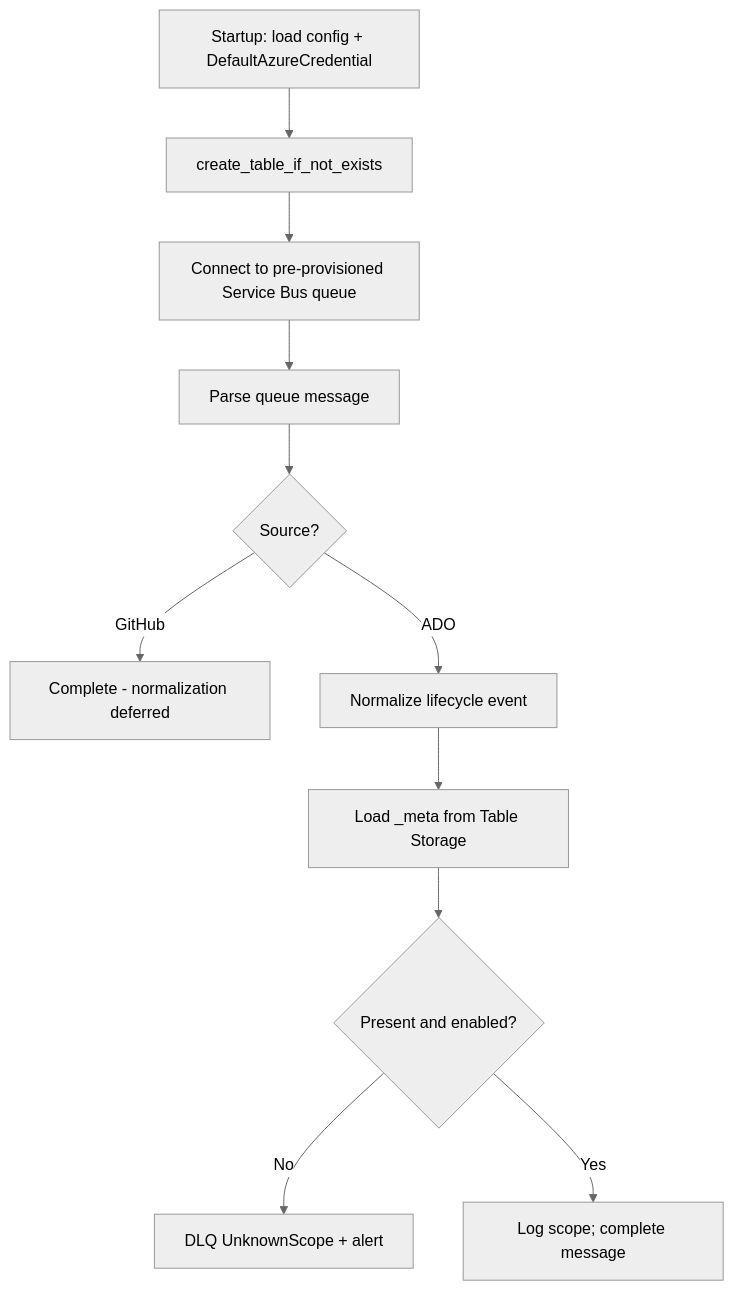
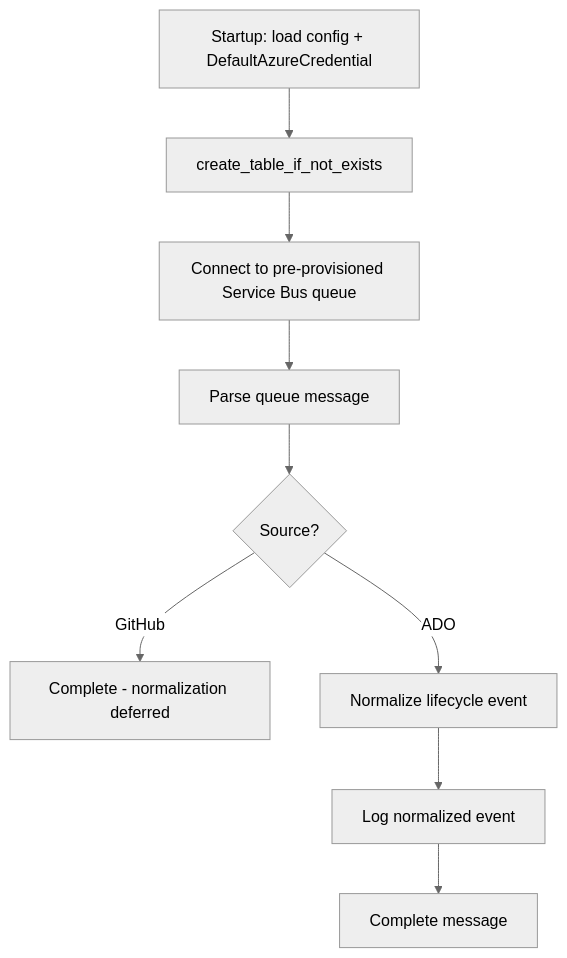
One commit to snyk-ps/snyk-repo-sync changed the diagram in openspec/changes/sync-state-storage/design.md. Above: the diagram before and after it, drawn with Mermaid (neutral theme). The commit also changed other lines of this file and 35 other files, not shown here.

````diff
--- a/openspec/changes/sync-state-storage/design.md
+++ b/openspec/changes/sync-state-storage/design.md
@@ -96,13 +98,11 @@
 ```mermaid
 flowchart TD
   A[Startup: load config + DefaultAzureCredential] --> B[create_table_if_not_exists]
   B --> C[Connect to pre-provisioned Service Bus queue]
   C --> D[Parse queue message]
   D --> E{Source?}
   E -->|GitHub| F[Complete - normalization deferred]
   E -->|ADO| G[Normalize lifecycle event]
-  G --> H[Load _meta from Table Storage]
-  H --> I{Present and enabled?}
-  I -->|No| J[DLQ UnknownScope + alert]
-  I -->|Yes| K[Log scope; complete message]
+  G --> H[Log normalized event]
+  H --> I[Complete message]
 ```
````
